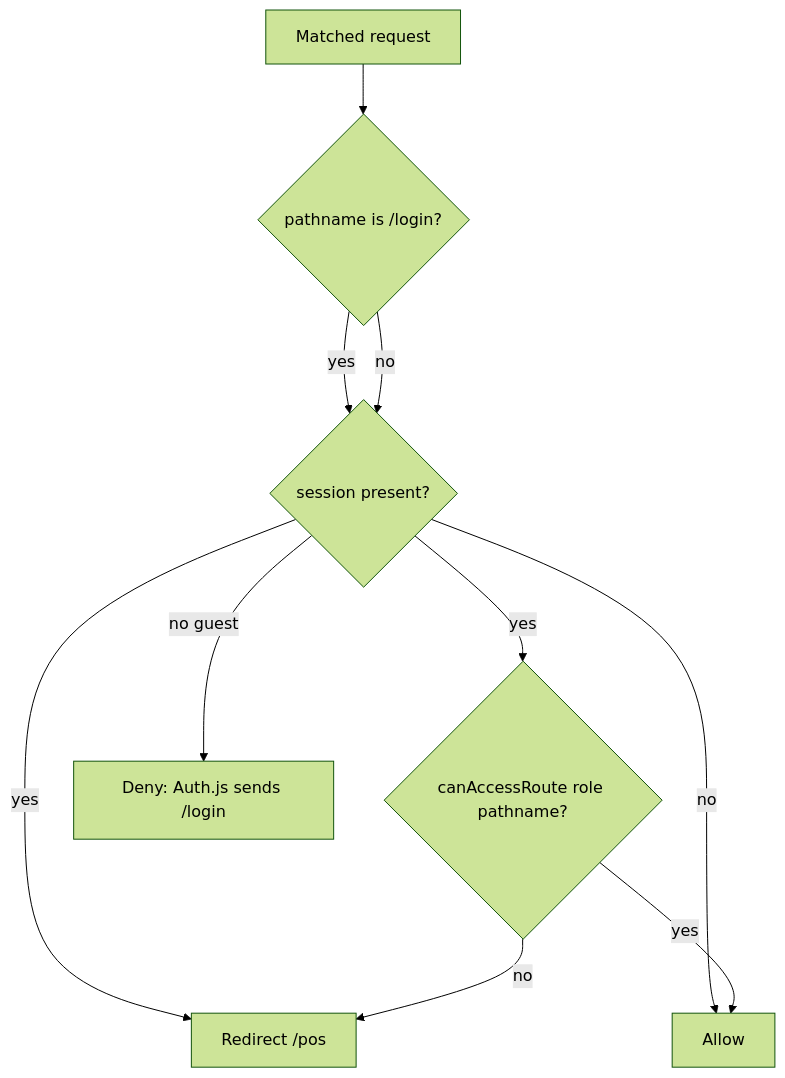
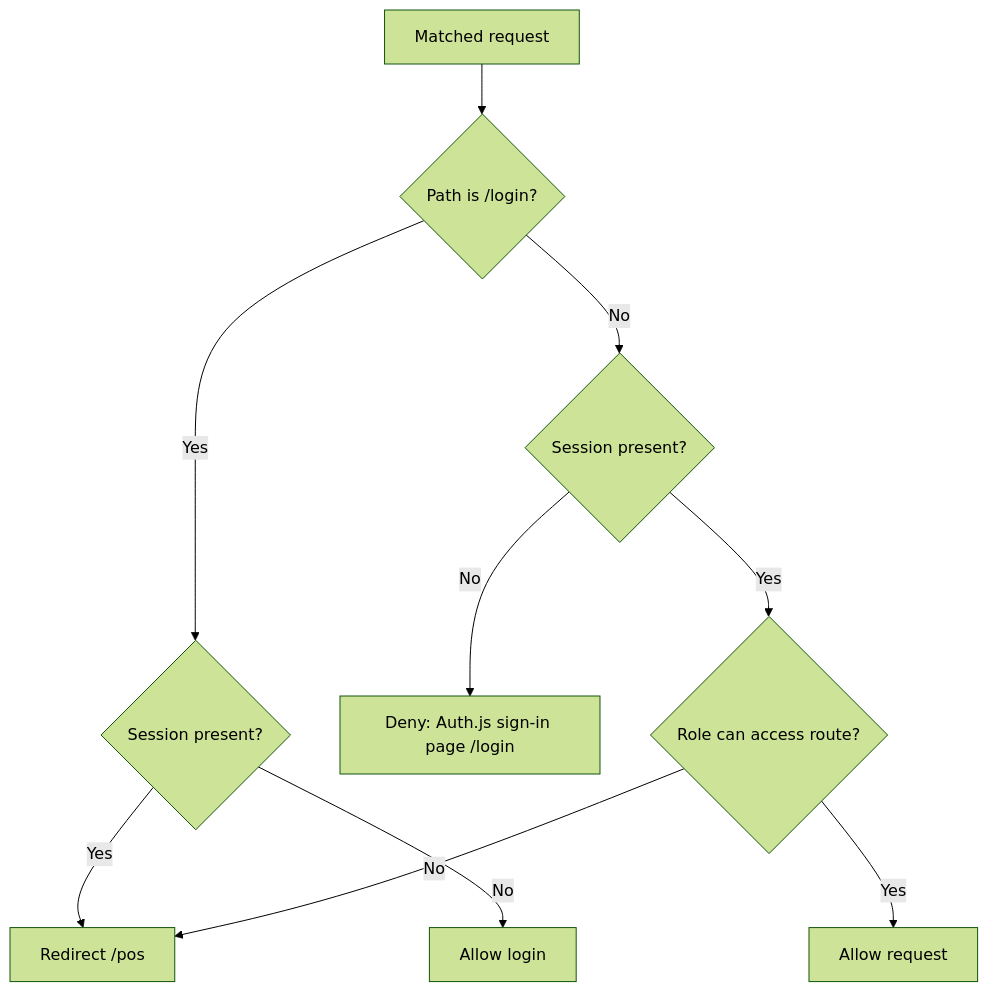
One commit to lm-vicente-j/comalPOS changed the diagram in docs/middleware.md. Above: the diagram before and after it, drawn with Mermaid (forest theme). The commit also changed other lines of this file and 12 other files, not shown here.

````diff
--- a/docs/middleware.md
+++ b/docs/middleware.md
@@ -36,19 +28,12 @@
 ```mermaid
 flowchart TD
-  request[Matched request]
-  login{"pathname is /login?"}
-  hasSession{"session present?"}
-  canAccess{"canAccessRoute role pathname?"}
-  allow[Allow]
-  toLogin[Deny: Auth.js sends /login]
-  toPos[Redirect /pos]
-  request --> login
-  login -->|yes| hasSession
-  hasSession -->|yes| toPos
-  hasSession -->|no| allow
-  login -->|no| hasSession
-  hasSession -->|no guest| toLogin
-  hasSession -->|yes| canAccess
-  canAccess -->|no| toPos
-  canAccess -->|yes| allow
+    R[Matched request] --> L{Path is /login?}
+    L -->|Yes| S{Session present?}
+    S -->|Yes| P[Redirect /pos]
+    S -->|No| A[Allow login]
+    L -->|No| H{Session present?}
+    H -->|No| N[Deny: Auth.js sign-in page /login]
+    H -->|Yes| C{Role can access route?}
+    C -->|No| P
+    C -->|Yes| O[Allow request]
 ```
````
